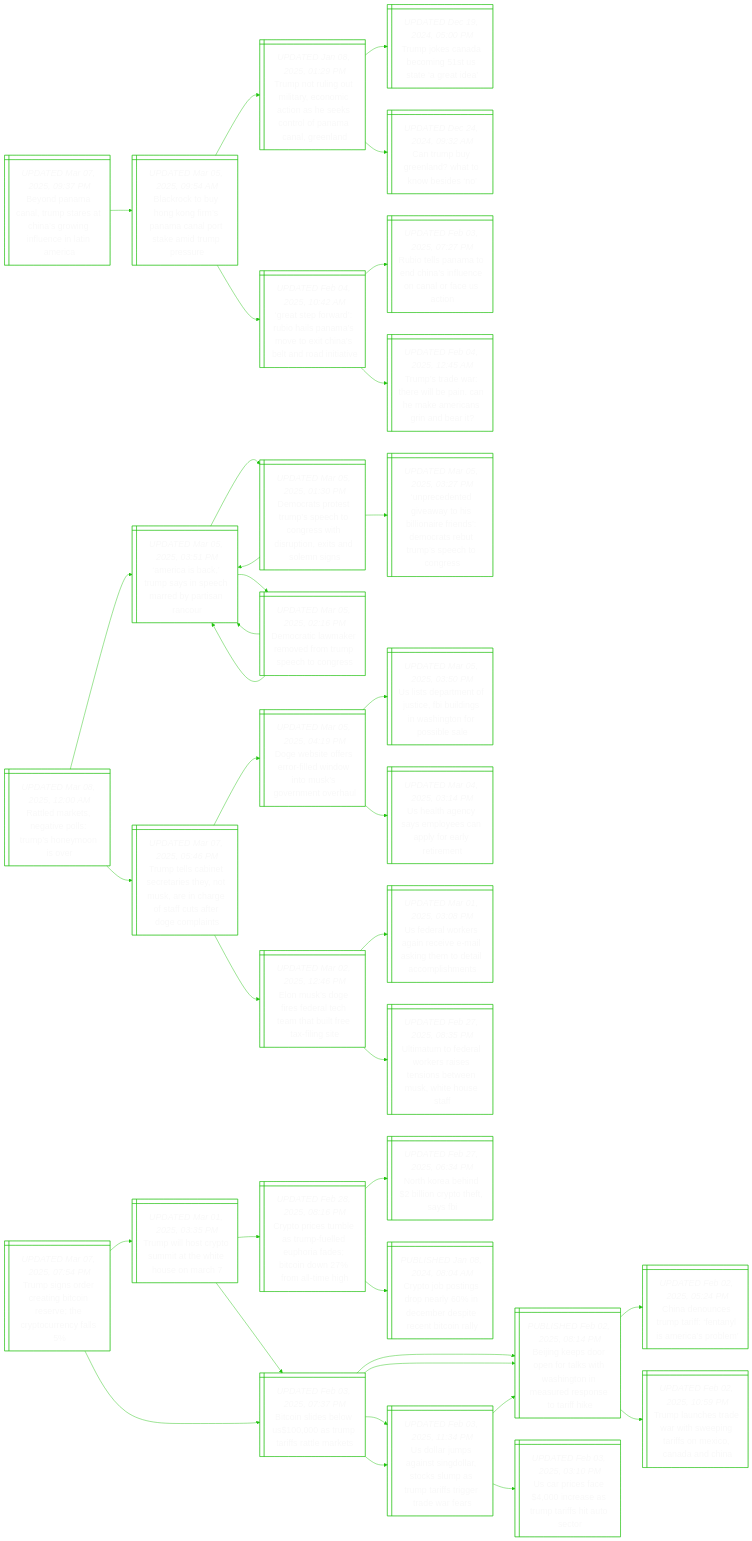
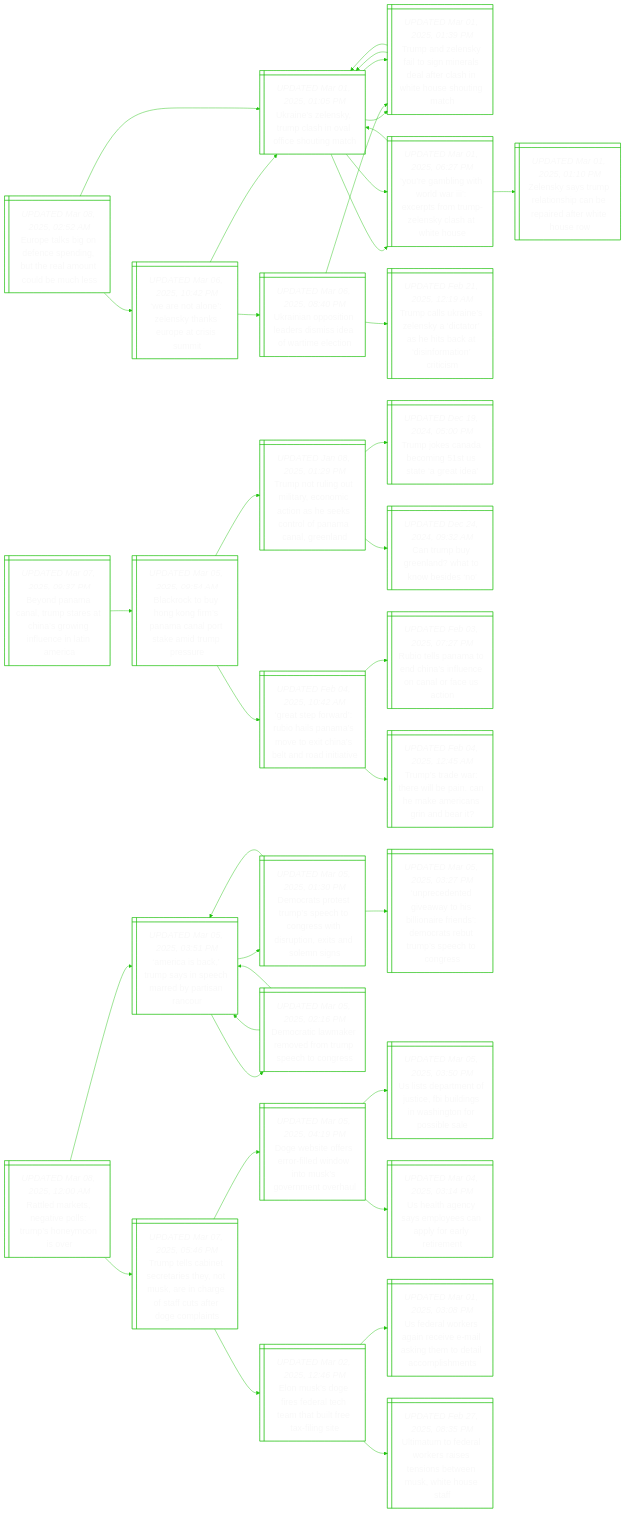
The diagram in README.md (notJmes/notJmes), drawn with Mermaid before and after one commit. The commit also changed other lines of this file, not shown here.

````diff
--- a/README.md
+++ b/README.md
@@ -15,6 +15,52 @@
 %%{init: {'theme':'base', 'themeVariables': {'primaryColor': "transparent", 'primaryTextColor': "#F9F9F9", 'lineColor': "#20C20E", 'primaryBorderColor':'#20C20E'}}}%%
 flowchart LR
 classDef txtsize font-size:20px;
+
+Eesnneghlnlus@{ shape: win-pane, label: "_UPDATED Mar 08, 2025, 02:52 AM_
+Europe talks big on defence spending, but the real amount could be much less" }
+Wnolykocsi@{ shape: win-pane, label: "_UPDATED Mar 06, 2025, 10:42 PM_
+‘we are not alone’: zelensky thanks europe at crisis summit" }
+Unlyphaiogh@{ shape: win-pane, label: "_UPDATED Mar 01, 2025, 01:05 PM_
+Ukraine’s zelensky, trump clash in oval office shouting match" }
+TalytnretaWHsit@{ shape: win-pane, label: "_UPDATED Mar 01, 2025, 01:39 PM_
+Trump and zelensky fail to sign minerals deal after clash in white house shouting match" }
+YgitlIcsTZsaWH@{ shape: win-pane, label: "_UPDATED Mar 01, 2025, 06:27 PM_
+‘you’re gambling with world war iii’: excerpts from trump-zelensky clash at white house" }
+Unptesieaet@{ shape: win-pane, label: "_UPDATED Mar 06, 2025, 08:40 PM_
+Ukrainian opposition leaders dismiss idea of wartime election" }
+TcUnlytaicioiis@{ shape: win-pane, label: "_UPDATED Feb 21, 2025, 12:19 AM_
+Trump calls ukraine’s zelensky a ‘dictator’ as he hits back at ‘disinformation’ criticism" }
+TalytnretaWHsit@{ shape: win-pane, label: "_UPDATED Mar 01, 2025, 01:39 PM_
+Trump and zelensky fail to sign minerals deal after clash in white house shouting match" }
+Unlyphaiogh@{ shape: win-pane, label: "_UPDATED Mar 01, 2025, 01:05 PM_
+Ukraine’s zelensky, trump clash in oval office shouting match" }
+TalytnretaWHsit@{ shape: win-pane, label: "_UPDATED Mar 01, 2025, 01:39 PM_
+Trump and zelensky fail to sign minerals deal after clash in white house shouting match" }
+Unlyphaiogh@{ shape: win-pane, label: "_UPDATED Mar 01, 2025, 01:05 PM_
+Ukraine’s zelensky, trump clash in oval office shouting match" }
+Unlyphaiogh@{ shape: win-pane, label: "_UPDATED Mar 01, 2025, 01:05 PM_
+Ukraine’s zelensky, trump clash in oval office shouting match" }
+YgitlIcsTZsaWH@{ shape: win-pane, label: "_UPDATED Mar 01, 2025, 06:27 PM_
+‘you’re gambling with world war iii’: excerpts from trump-zelensky clash at white house" }
+Unlyphaiogh@{ shape: win-pane, label: "_UPDATED Mar 01, 2025, 01:05 PM_
+Ukraine’s zelensky, trump clash in oval office shouting match" }
+Zsymasaeeets@{ shape: win-pane, label: "_UPDATED Mar 01, 2025, 01:10 PM_
+Zelensky says trump relationship can be repaired after white house row" }
+
+Eesnneghlnlus:::txtsize --> Wnolykocsi:::txtsize
+Wnolykocsi:::txtsize --> Unlyphaiogh:::txtsize
+Unlyphaiogh:::txtsize --> TalytnretaWHsit:::txtsize
+Unlyphaiogh:::txtsize --> YgitlIcsTZsaWH:::txtsize
+Wnolykocsi:::txtsize --> Unptesieaet:::txtsize
+Unptesieaet:::txtsize --> TcUnlytaicioiis:::txtsize
+Unptesieaet:::txtsize --> TalytnretaWHsit:::txtsize
+Eesnneghlnlus:::txtsize --> Unlyphaiogh:::txtsize
+Unlyphaiogh:::txtsize --> TalytnretaWHsit:::txtsize
+TalytnretaWHsit:::txtsize --> Unlyphaiogh:::txtsize
+TalytnretaWHsit:::txtsize --> Unlyphaiogh:::txtsize
+Unlyphaiogh:::txtsize --> YgitlIcsTZsaWH:::txtsize
+YgitlIcsTZsaWH:::txtsize --> Unlyphaiogh:::txtsize
+YgitlIcsTZsaWH:::txtsize --> Zsymasaeeets:::txtsize
 
 BdmamrCsifcama@{ shape: win-pane, label: "_UPDATED Mar 07, 2025, 09:37 PM_
 Beyond panama canal, trump stares at china’s growing influence in latin america" }
@@ -87,50 +133,4 @@
 Euordtealeis:::txtsize --> Ueosniakhdlmhs:::txtsize
 Euordtealeis:::txtsize --> UaorrrsienWHs:::txtsize
 
-Tsocitrvcoea@{ shape: win-pane, label: "_UPDATED Mar 07, 2025, 07:54 PM_
-Trump signs order creating bitcoin reserve; the cryptocurrency falls 5%" }
-TwoyuaWHoc@{ shape: win-pane, label: "_UPDATED Mar 01, 2025, 03:35 PM_
-Trump will host crypto summit at the white house on march 7" }
-CoebTfehfBinamh@{ shape: win-pane, label: "_UPDATED Feb 28, 2025, 08:16 PM_
-Crypto prices tumble as trump-fuelled euphoria fades; bitcoin down 27% from all-time high" }
-NKbdiyhaI@{ shape: win-pane, label: "_UPDATED Feb 27, 2025, 06:34 PM_
-North korea behind $2 billion crypto theft, says fbi" }
-CoogpleepeBil@{ shape: win-pane, label: "_PUBLISHED Jan 08, 2024, 08:04 AM_
-Crypto job postings drop nearly 60% in december despite recent bitcoin rally" }
-Bidlamiamt@{ shape: win-pane, label: "_UPDATED Feb 03, 2025, 07:37 PM_
-Bitcoin slides below us$100,000 as trump tariffs rattle markets" }
-Bnprflthoeeptik@{ shape: win-pane, label: "_PUBLISHED Feb 02, 2025, 08:14 PM_
-Beijing keeps door open for talks with washington in measured response to tariff hike" }
-UlmaSosspurtedf@{ shape: win-pane, label: "_UPDATED Feb 03, 2025, 11:34 PM_
-Us dollar jumps against singdollar, stocks slump as trump tariffs trigger trade war fears" }
-Bidlamiamt@{ shape: win-pane, label: "_UPDATED Feb 03, 2025, 07:37 PM_
-Bitcoin slides below us$100,000 as trump tariffs rattle markets" }
-Bnprflthoeeptik@{ shape: win-pane, label: "_PUBLISHED Feb 02, 2025, 08:14 PM_
-Beijing keeps door open for talks with washington in measured response to tariff hike" }
-CdnraFnAco@{ shape: win-pane, label: "_UPDATED Feb 02, 2025, 05:24 PM_
-China denounces trump tariff: ‘fentanyl is america’s problem’" }
-Tlharsiroinnn@{ shape: win-pane, label: "_UPDATED Feb 02, 2025, 10:59 PM_
-Trump launches trade war with sweeping tariffs on mexico, canada and china" }
-UlmaSosspurtedf@{ shape: win-pane, label: "_UPDATED Feb 03, 2025, 11:34 PM_
-Us dollar jumps against singdollar, stocks slump as trump tariffs trigger trade war fears" }
-Bnprflthoeeptik@{ shape: win-pane, label: "_PUBLISHED Feb 02, 2025, 08:14 PM_
-Beijing keeps door open for talks with washington in measured response to tariff hike" }
-UpsiaTtfae@{ shape: win-pane, label: "_UPDATED Feb 03, 2025, 03:10 PM_
-Us car prices face $4,000 increase as trump tariffs hit auto sector" }
-
-Tsocitrvcoea:::txtsize --> TwoyuaWHoc:::txtsize
-TwoyuaWHoc:::txtsize --> CoebTfehfBinamh:::txtsize
-CoebTfehfBinamh:::txtsize --> NKbdiyhaI:::txtsize
-CoebTfehfBinamh:::txtsize --> CoogpleepeBil:::txtsize
-TwoyuaWHoc:::txtsize --> Bidlamiamt:::txtsize
-Bidlamiamt:::txtsize --> Bnprflthoeeptik:::txtsize
-Bidlamiamt:::txtsize --> UlmaSosspurtedf:::txtsize
-Tsocitrvcoea:::txtsize --> Bidlamiamt:::txtsize
-Bidlamiamt:::txtsize --> Bnprflthoeeptik:::txtsize
-Bnprflthoeeptik:::txtsize --> CdnraFnAco:::txtsize
-Bnprflthoeeptik:::txtsize --> Tlharsiroinnn:::txtsize
-Bidlamiamt:::txtsize --> UlmaSosspurtedf:::txtsize
-UlmaSosspurtedf:::txtsize --> Bnprflthoeeptik:::txtsize
-UlmaSosspurtedf:::txtsize --> UpsiaTtfae:::txtsize
-
 ```
````
